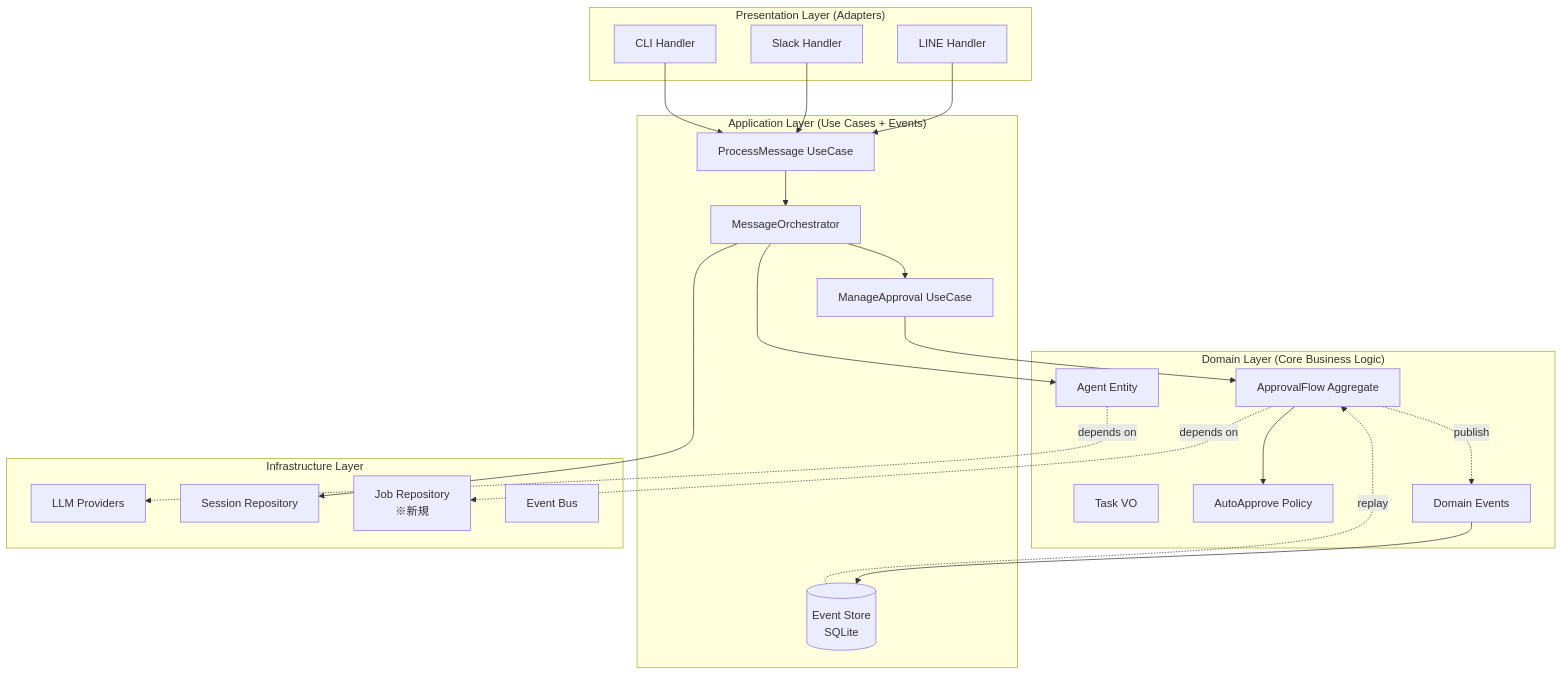
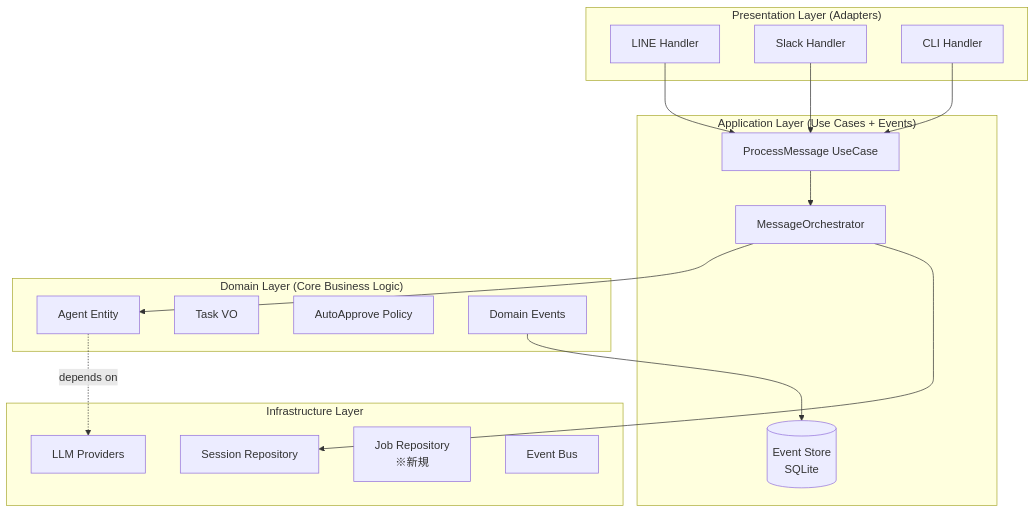
The diagram in docs/archive/08_AI提案/クリーンアーキテクチャ提案_02.md (Nyukimin/picoclaw_multiLLM), drawn with Mermaid before and after one commit. The commit also changed other lines of this file and 88 other files, not shown here.

Commit message:
Remove approval flow and align tests

````diff
--- a/docs/archive/08_AI提案/クリーンアーキテクチャ提案_02.md
+++ b/docs/archive/08_AI提案/クリーンアーキテクチャ提案_02.md
@@ -67,47 +59,39 @@
 ```mermaid
 graph TB
     subgraph "Presentation Layer (Adapters)"
         LINE[LINE Handler]
         Slack[Slack Handler]
         CLI[CLI Handler]
     end
 
     subgraph "Application Layer (Use Cases + Events)"
         ProcessMsg[ProcessMessage UseCase]
         Orchestrator[MessageOrchestrator]
-        ApprovalUC[ManageApproval UseCase]
         EventStore[(Event Store<br/>SQLite)]
     end
 
     subgraph "Domain Layer (Core Business Logic)"
         Agent[Agent Entity]
         Task[Task VO]
-        ApprovalFlow[ApprovalFlow Aggregate]
         AutoApprovePolicy[AutoApprove Policy]
         Events[Domain Events]
     end
 
     subgraph "Infrastructure Layer"
         Providers[LLM Providers]
         SessionRepo[Session Repository]
         JobRepo[Job Repository<br/>※新規]
         EventBus[Event Bus]
     end
 
     LINE --> ProcessMsg
     Slack --> ProcessMsg
     CLI --> ProcessMsg
 
     ProcessMsg --> Orchestrator
     Orchestrator --> Agent
-    Orchestrator --> ApprovalUC
-    ApprovalUC --> ApprovalFlow
-    ApprovalFlow --> AutoApprovePolicy
-    ApprovalFlow -.publish.-> Events
     Events --> EventStore
 
     Agent -.depends on.-> Providers
-    ApprovalFlow -.depends on.-> JobRepo
     Orchestrator --> SessionRepo
-    EventStore -.replay.-> ApprovalFlow
 ```
````
